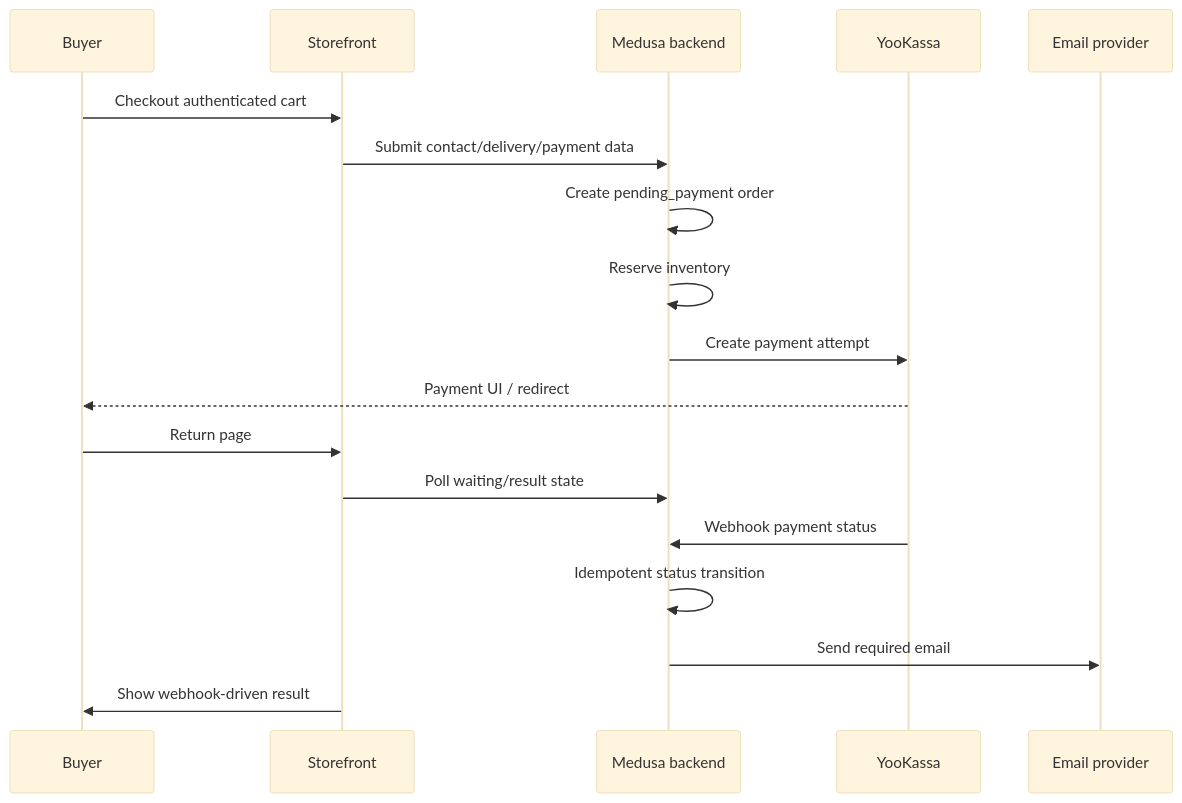
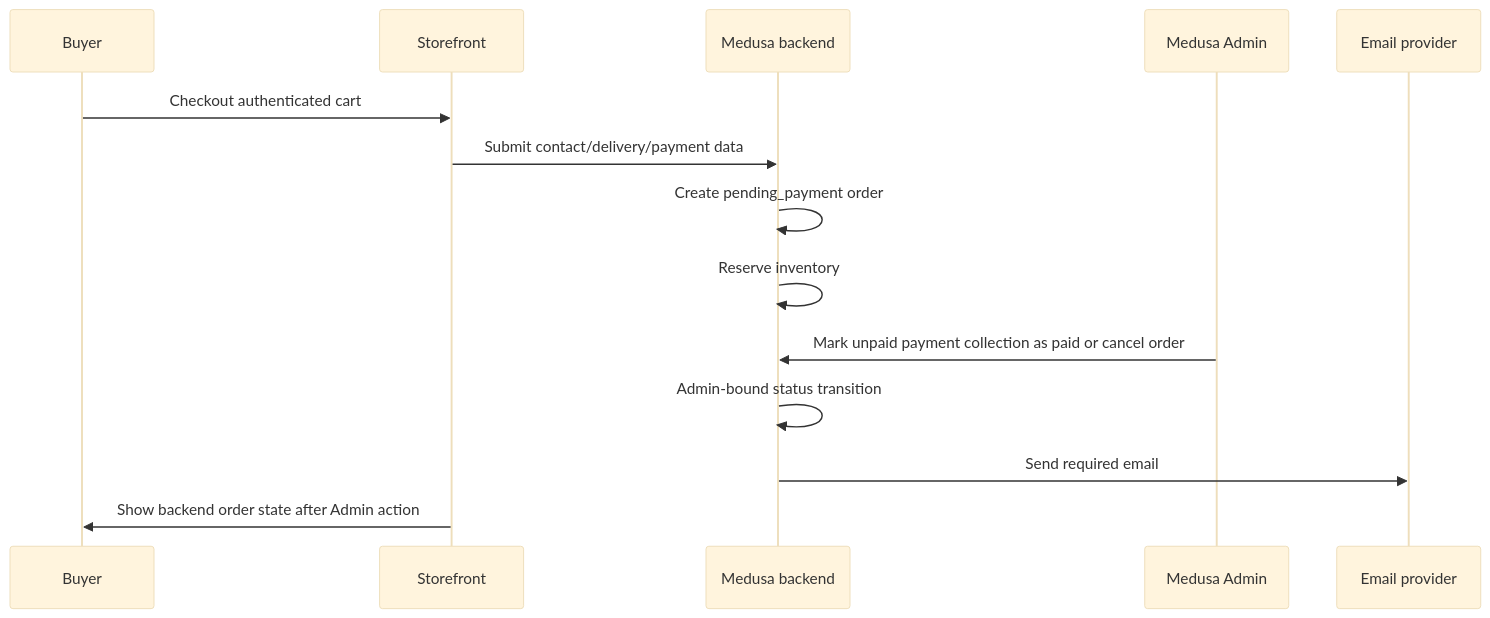
The second of 2 diagrams in .memory-bank/architecture/system-architecture.md (Coder-Bilol/eshop), drawn with Mermaid (base theme) before and after one commit. The commit also changed other lines of this file and 75 other files, not shown here.

````diff
--- a/.memory-bank/architecture/system-architecture.md
+++ b/.memory-bank/architecture/system-architecture.md
@@ -107,21 +114,17 @@
 ```mermaid
 sequenceDiagram
   participant B as Buyer
   participant S as Storefront
   participant M as Medusa backend
-  participant Y as YooKassa
+  participant A as Medusa Admin
   participant E as Email provider
 
   B->>S: Checkout authenticated cart
   S->>M: Submit contact/delivery/payment data
   M->>M: Create pending_payment order
   M->>M: Reserve inventory
-  M->>Y: Create payment attempt
-  Y-->>B: Payment UI / redirect
-  B->>S: Return page
-  S->>M: Poll waiting/result state
-  Y->>M: Webhook payment status
-  M->>M: Idempotent status transition
+  A->>M: Mark unpaid payment collection as paid or cancel order
+  M->>M: Admin-bound status transition
   M->>E: Send required email
-  S->>B: Show webhook-driven result
+  S->>B: Show backend order state after Admin action
 ```
````
